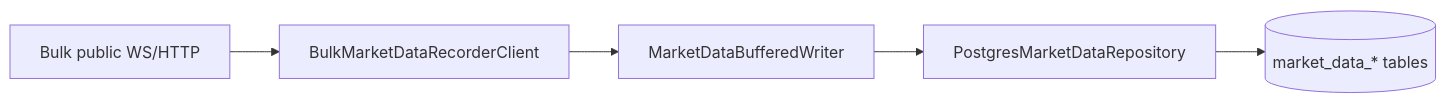
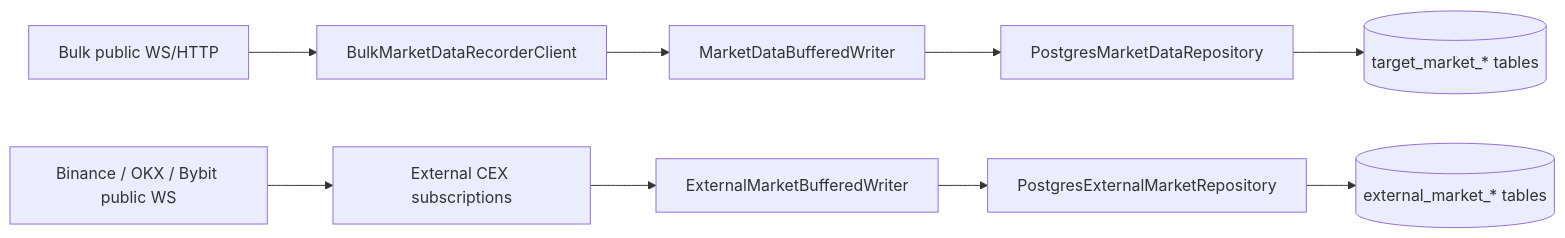
Before and after one commit to posaune0423/simple-mm-bot: the second of 5 diagrams in docs/ARCHITECTURE.md, drawn with Mermaid. The commit also changed other lines of this file and 78 other files, not shown here.

Commit message:
feat: add external fair market data support

````diff
--- a/docs/ARCHITECTURE.md
+++ b/docs/ARCHITECTURE.md
@@ -23,7 +27,12 @@
 ```mermaid
 flowchart LR
     BulkWS["Bulk public WS/HTTP"] --> Client["BulkMarketDataRecorderClient"]
     Client --> Writer["MarketDataBufferedWriter"]
     Writer --> Repo["PostgresMarketDataRepository"]
-    Repo --> MarketTables[("market_data_* tables")]
+    Repo --> TargetMarketTables[("target_market_* tables")]
+
+    CEXWS["Binance / OKX / Bybit public WS"] --> ExternalSubs["External CEX subscriptions"]
+    ExternalSubs --> ExternalWriter["ExternalMarketBufferedWriter"]
+    ExternalWriter --> ExternalRepo["PostgresExternalMarketRepository"]
+    ExternalRepo --> ExternalMarketTables[("external_market_* tables")]
 ```
````
